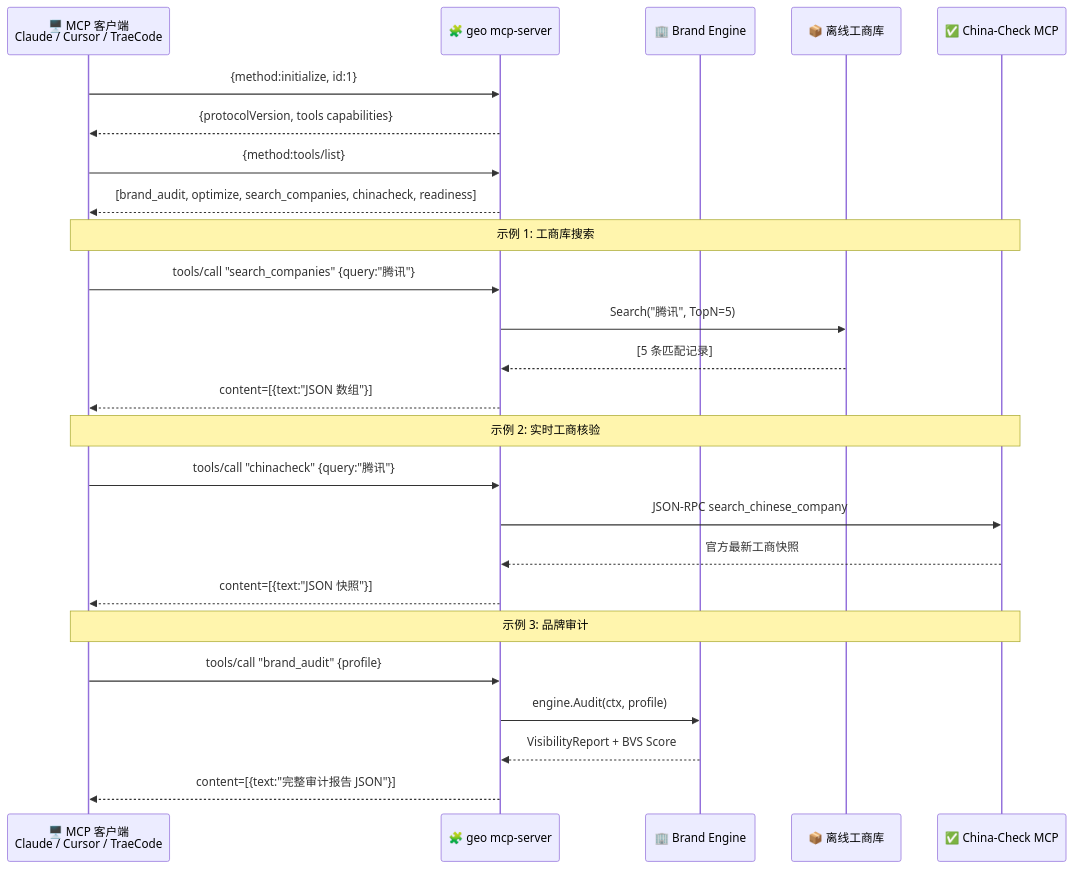
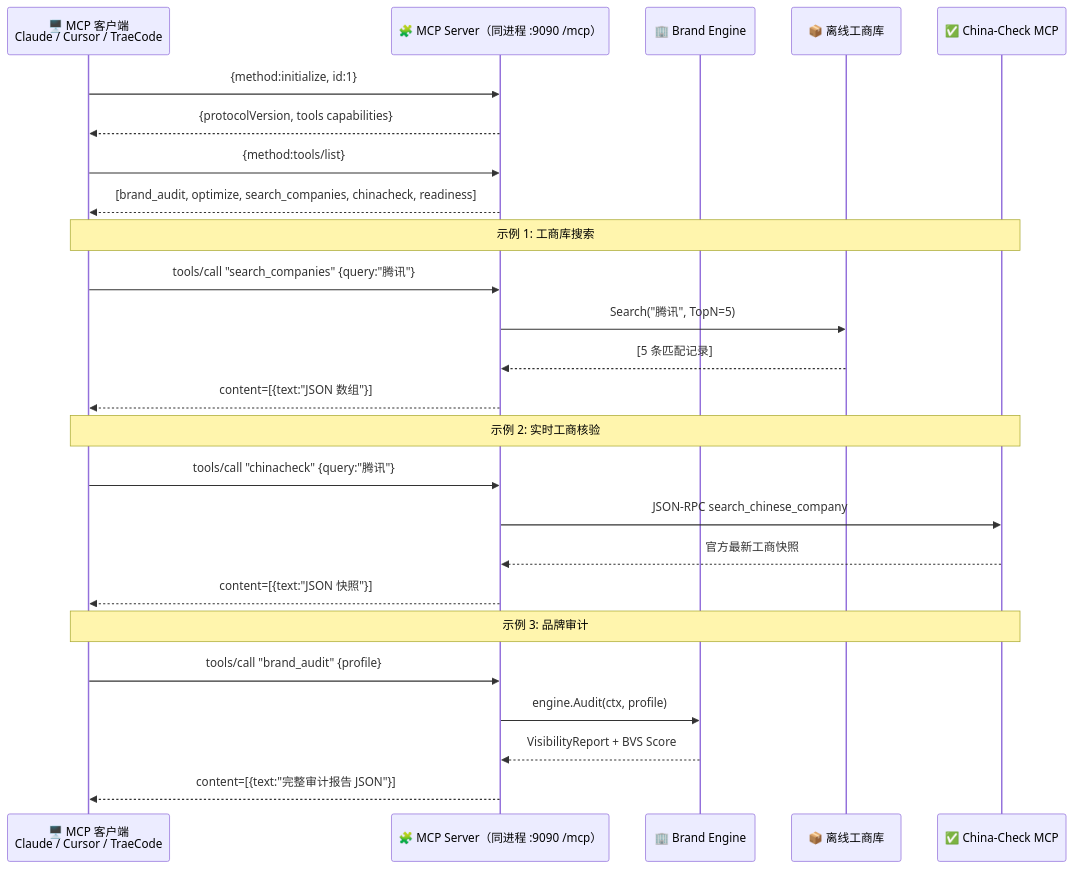
One commit to deep2code/geo changed diagram 28 of 31 in docs/architecture.md. Above: the diagram before and after it, drawn with Mermaid. The commit also changed other lines of this file and 48 other files, not shown here.

````diff
--- a/docs/architecture.md
+++ b/docs/architecture.md
@@ -725,32 +723,32 @@
 ```mermaid
 sequenceDiagram
     participant C as 🖥️ MCP 客户端<br/>Claude / Cursor / TraeCode
-    participant S as 🧩 geo mcp-server
+    participant S as 🧩 MCP Server（同进程 :9090 /mcp）
     participant BE as 🏢 Brand Engine
     participant DB as 📦 离线工商库
     participant CC as ✅ China-Check MCP
 
     C->>S: {method:initialize, id:1}
     S-->>C: {protocolVersion, tools capabilities}
 
     C->>S: {method:tools/list}
     S-->>C: [brand_audit, optimize, search_companies, chinacheck, readiness]
 
     Note over C,CC: 示例 1: 工商库搜索
     C->>S: tools/call "search_companies" {query:"腾讯"}
     S->>DB: Search("腾讯", TopN=5)
     DB-->>S: [5 条匹配记录]
     S-->>C: content=[{text:"JSON 数组"}]
 
     Note over C,CC: 示例 2: 实时工商核验
     C->>S: tools/call "chinacheck" {query:"腾讯"}
     S->>CC: JSON-RPC search_chinese_company
     CC-->>S: 官方最新工商快照
     S-->>C: content=[{text:"JSON 快照"}]
 
     Note over C,CC: 示例 3: 品牌审计
     C->>S: tools/call "brand_audit" {profile}
     S->>BE: engine.Audit(ctx, profile)
     BE-->>S: VisibilityReport + BVS Score
     S-->>C: content=[{text:"完整审计报告 JSON"}]
 ```
````
